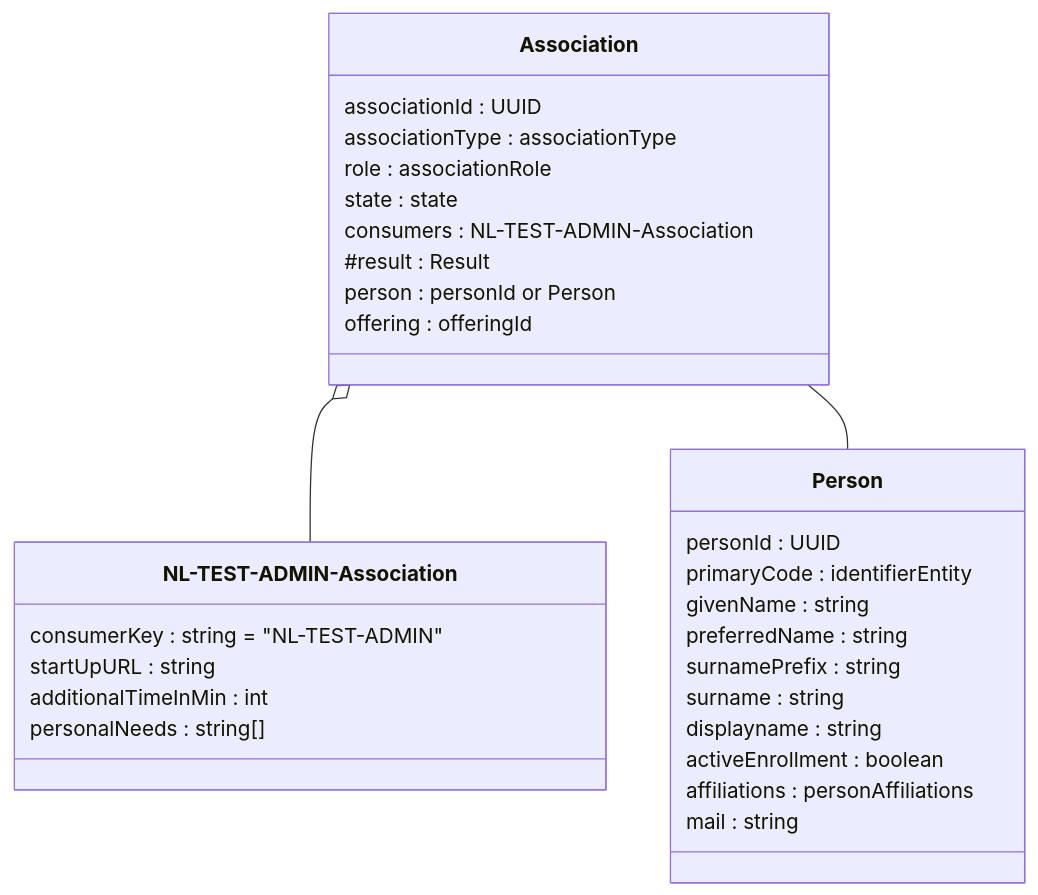
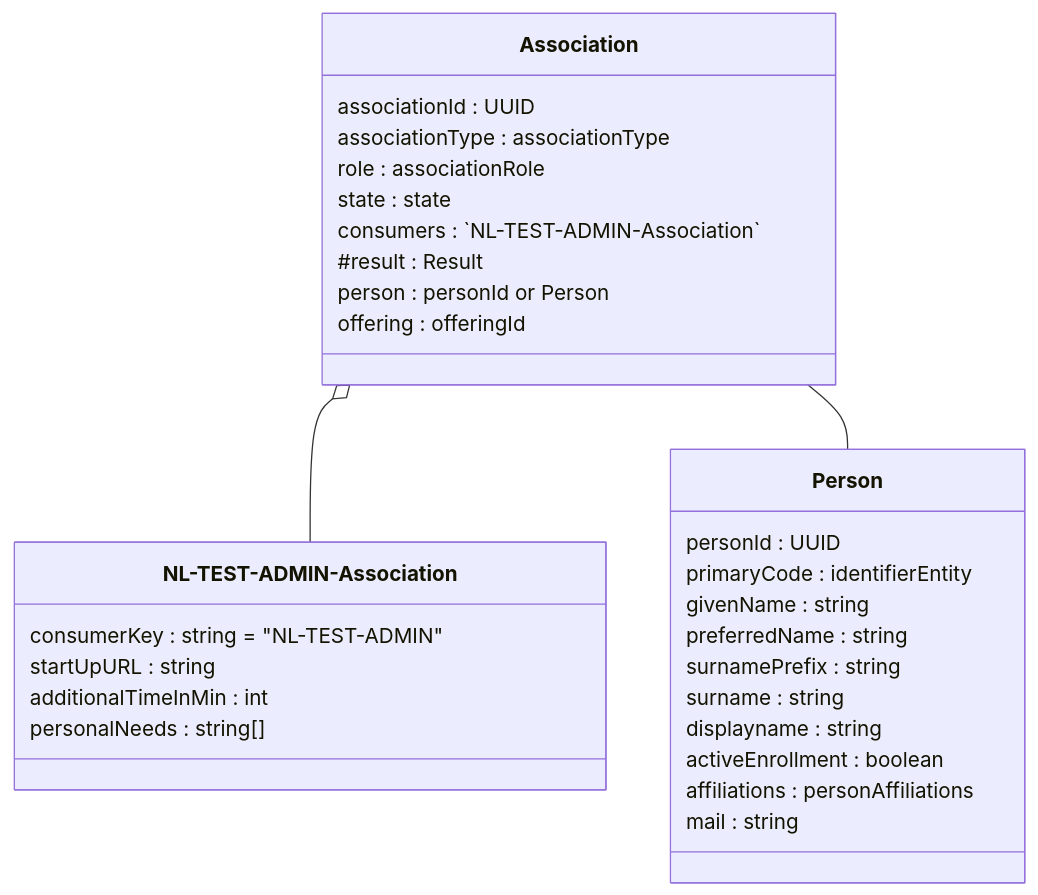
Before and after one commit to NetwerkExamineringDigitalisering/NED-OOAPI: the fourth of 10 diagrams in doc/flow2.md, drawn with Mermaid. The commit also changed other lines of this file and 4 other files, not shown here.

Commit message:
fix mermaid issues with dashes

````diff
--- a/doc/flow2.md
+++ b/doc/flow2.md
@@ -161,33 +161,33 @@
 ```mermaid
 classDiagram
     class Association {
     	associationId : UUID
-	associationType : associationType
-	role : associationRole
-	state : state
-	consumers : NL-TEST-ADMIN-Association
-#	result : Result
-	person : personId or Person
-	offering : offeringId
+		associationType : associationType
+		role : associationRole
+		state : state
+		consumers : `NL-TEST-ADMIN-Association`
+	#	result : Result
+		person : personId or Person
+		offering : offeringId
     }
-    class NL-TEST-ADMIN-Association {
+    class `NL-TEST-ADMIN-Association` {
     	consumerKey : string = "NL-TEST-ADMIN"
-	startUpURL : string
-	additionalTimeInMin : int
-	personalNeeds : string[]
+		startUpURL : string
+		additionalTimeInMin : int
+		personalNeeds : string[]
     }
     class Person {
-	personId : UUID
-	primaryCode : identifierEntity
-	givenName : string
-	preferredName : string
-	surnamePrefix : string 
-	surname : string
-	displayname : string
-	activeEnrollment : boolean 
-	affiliations : personAffiliations
-	mail : string
+		personId : UUID
+		primaryCode : identifierEntity
+		givenName : string
+		preferredName : string
+		surnamePrefix : string 
+		surname : string
+		displayname : string
+		activeEnrollment : boolean 
+		affiliations : personAffiliations
+		mail : string
     }
-    Association o-- NL-TEST-ADMIN-Association
+    Association o-- `NL-TEST-ADMIN-Association`
     Association -- Person
 ```
````
